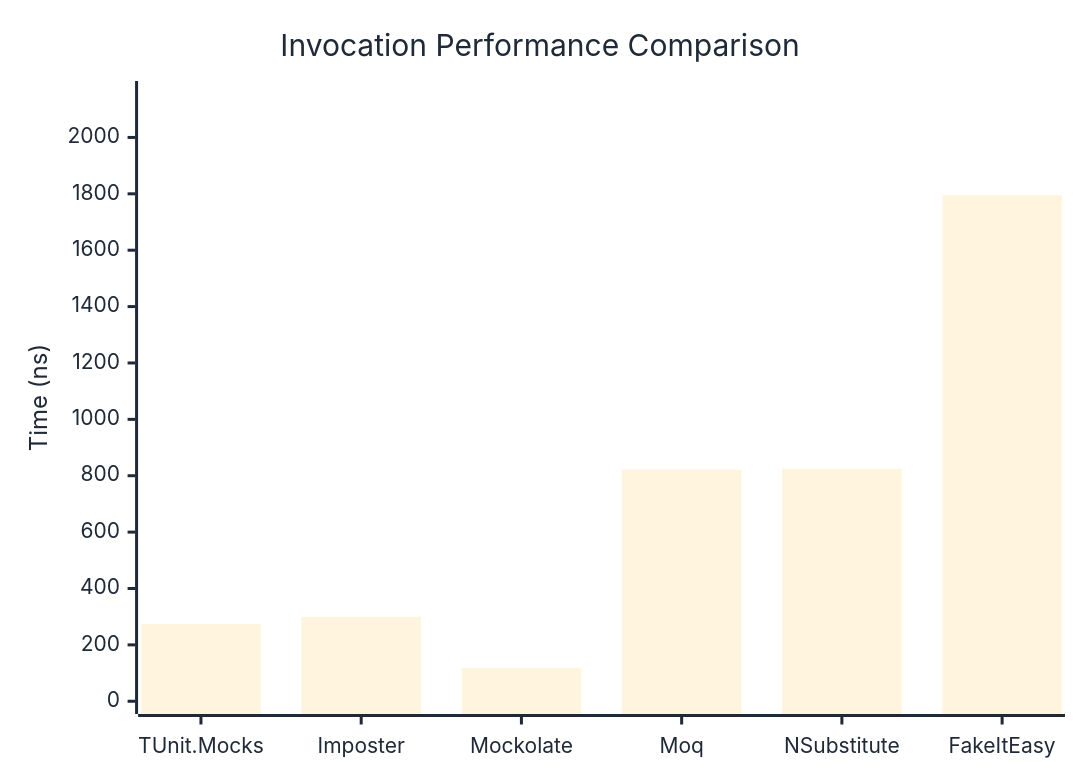
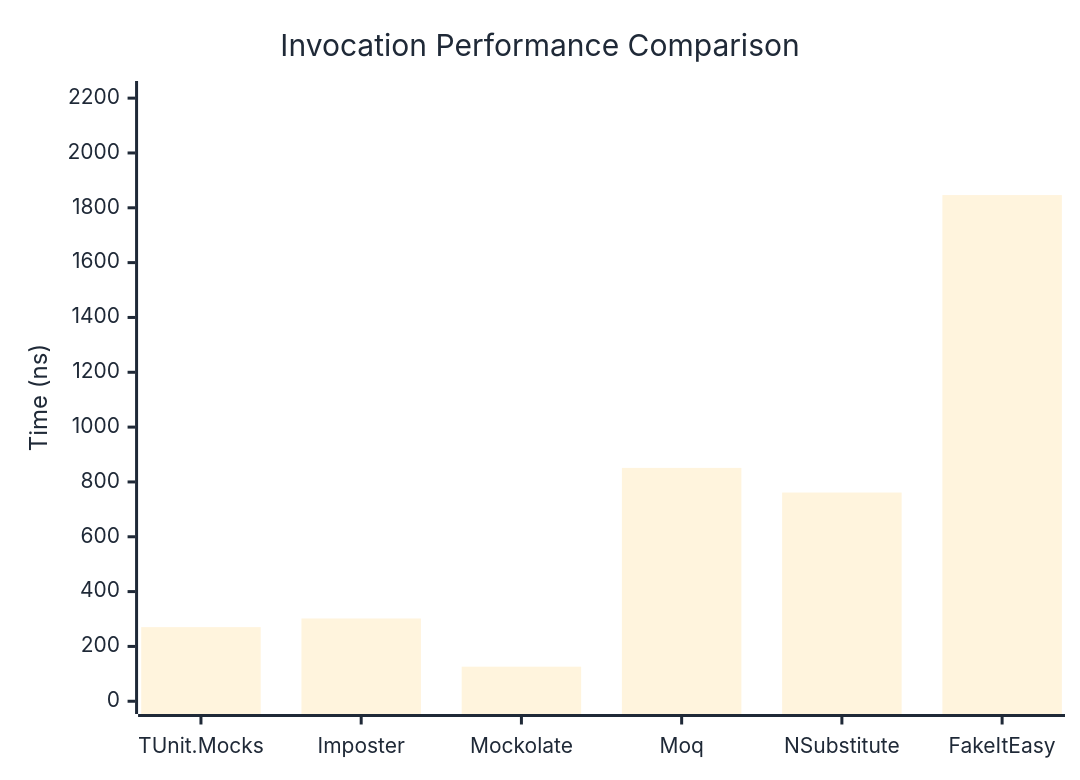
One commit to thomhurst/TUnit changed the first of 3 diagrams in docs/docs/benchmarks/mocks/Invocation.md. Above: the diagram before and after it, drawn with Mermaid. The commit also changed other lines of this file and 14 other files, not shown here.

````diff
--- a/docs/docs/benchmarks/mocks/Invocation.md
+++ b/docs/docs/benchmarks/mocks/Invocation.md
@@ -30,27 +30,27 @@
 ```mermaid
 %%{init: {
   'theme':'base',
   'themeVariables': {
     'primaryColor': '#2563eb',
     'primaryTextColor': '#1f2937',
     'primaryBorderColor': '#1e40af',
     'lineColor': '#6b7280',
     'secondaryColor': '#7c3aed',
     'tertiaryColor': '#dc2626',
     'background': '#ffffff',
     'pie1': '#2563eb',
     'pie2': '#7c3aed',
     'pie3': '#dc2626',
     'pie4': '#f59e0b',
     'pie5': '#10b981',
     'pie6': '#06b6d4',
     'pie7': '#ec4899',
     'pie8': '#6366f1'
   }
 }}%%
 xychart-beta
   title "Invocation Performance Comparison"
   x-axis ["TUnit.Mocks", "Imposter", "Mockolate", "Moq", "NSubstitute", "FakeItEasy"]
-  y-axis "Time (ns)" 0 --> 2155
-  bar [274.3, 299.5, 117.5, 821.8, 825.1, 1795.4]
+  y-axis "Time (ns)" 0 --> 2216
+  bar [270.38, 301.92, 126.1, 851.19, 761.34, 1846.38]
 ```
````
